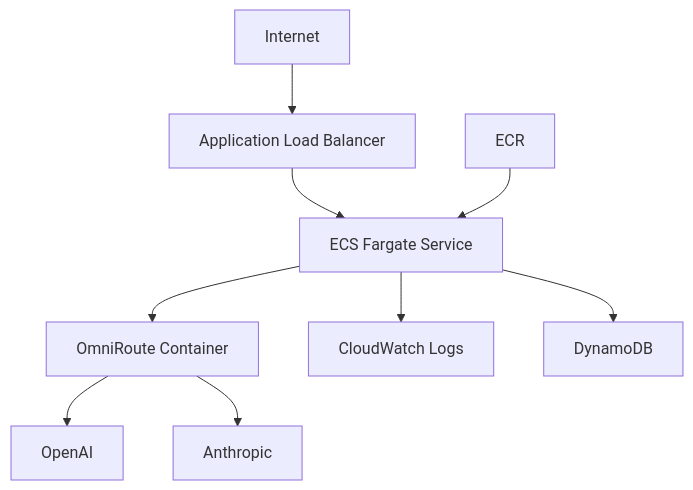
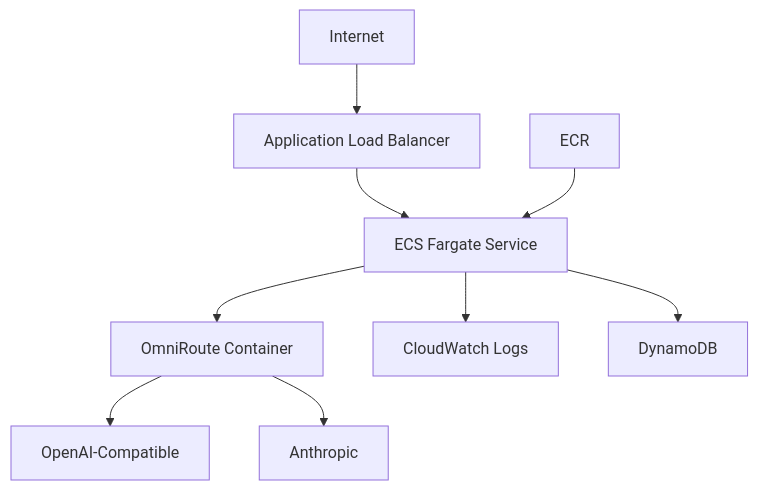
One commit to wandersonr7/OMNIROUTE-CLOUD changed the second of 2 diagrams in README.md. Above: the diagram before and after it, drawn with Mermaid. The commit also changed other lines of this file and 4 other files, not shown here.

````diff
--- a/README.md
+++ b/README.md
@@ -338,16 +357,16 @@
 ```mermaid
 flowchart TB
     Internet[Internet] --> ALB[Application Load Balancer]
 
     ALB --> ECS[ECS Fargate Service]
 
-    ECS --> Container[OmniRoute Container]
+    ECS --> App[OmniRoute Container]
 
-    Container --> OpenAI[OpenAI]
-    Container --> Anthropic[Anthropic]
+    App --> OpenAI[OpenAI-Compatible]
+    App --> Anthropic[Anthropic]
 
     ECS --> Logs[CloudWatch Logs]
     ECS --> DB[DynamoDB]
 
     ECR[ECR] --> ECS
 ```
````
